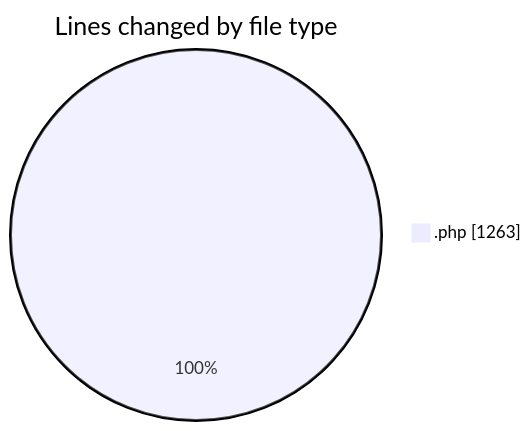
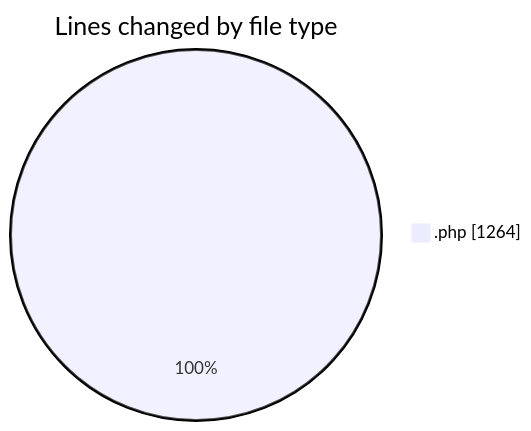
The first of 2 diagrams in 2025-10-03/totem2/README.md (LanceThiago/code-tracking), drawn with Mermaid before and after one commit. The commit also changed other lines of this file and 1 other file, not shown here.

````diff
--- a/2025-10-03/totem2/README.md
+++ b/2025-10-03/totem2/README.md
@@ -22,5 +22,5 @@
 ```mermaid
 pie showData
 title Lines changed by file type
-".php" : 1263
+".php" : 1264
 ```
````
